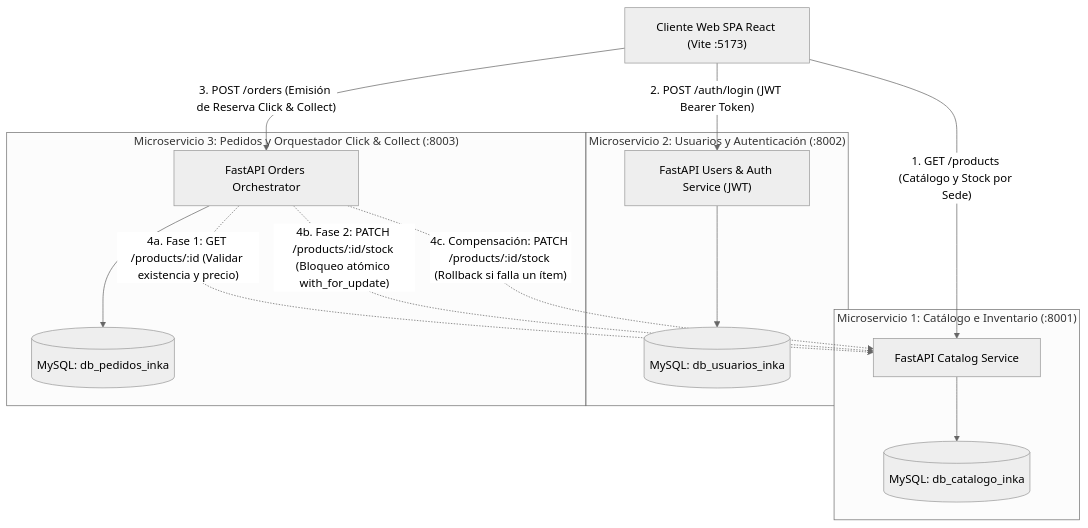
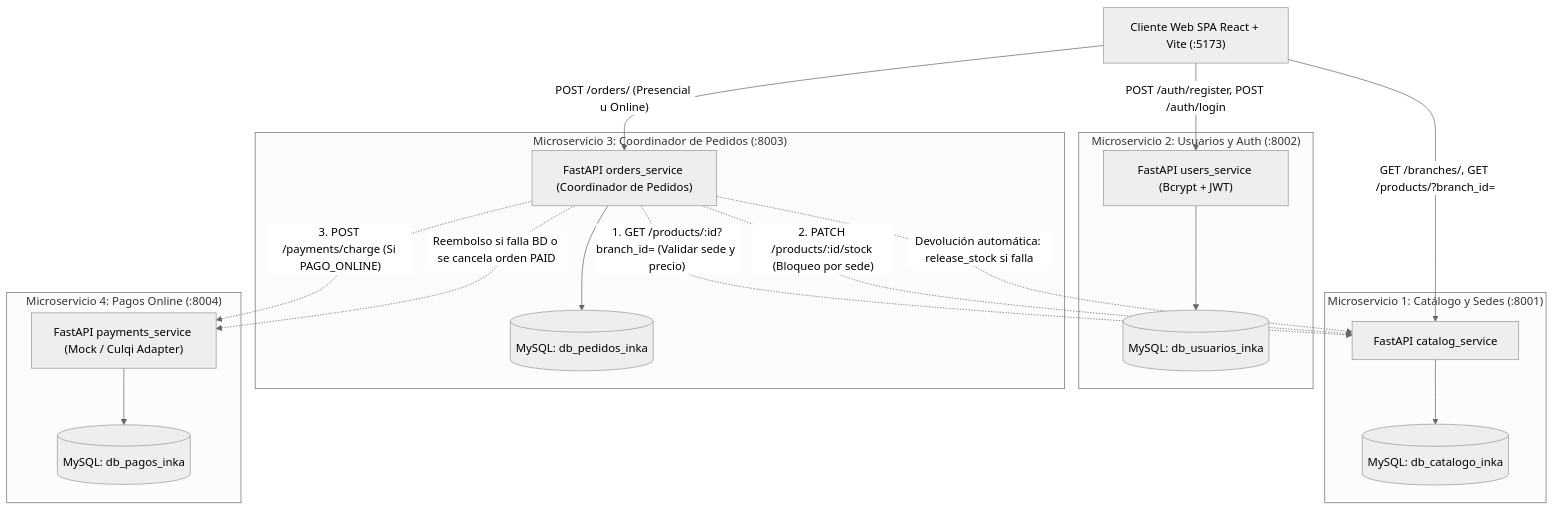
One commit to dannyolivera/app_microservicios changed the diagram in README.md. Above: the diagram before and after it, drawn with Mermaid (neutral theme). The commit also changed other lines of this file and 32 other files, not shown here.

Commit message:
feat: add microservices architecture with catalog, orders, payments, users, and frontend

````diff
--- a/README.md
+++ b/README.md
@@ -18,32 +19,38 @@
 ```mermaid
-graph TD
-    Client["Cliente Web SPA React (Vite :5173)"]
+flowchart TD
+    Client["Cliente Web SPA React + Vite (:5173)"]
 
-    subgraph Service1["Microservicio 1: Catálogo e Inventario (:8001)"]
-        CatApp["FastAPI Catalog Service"]
+    subgraph Service1["Microservicio 1: Catálogo y Sedes (:8001)"]
+        CatApp["FastAPI catalog_service"]
         DBCat[("MySQL: db_catalogo_inka")]
         CatApp --> DBCat
     end
 
-    subgraph Service2["Microservicio 2: Usuarios y Autenticación (:8002)"]
-        UserApp["FastAPI Users & Auth Service (JWT)"]
+    subgraph Service2["Microservicio 2: Usuarios y Auth (:8002)"]
+        UserApp["FastAPI users_service (Bcrypt + JWT)"]
         DBUser[("MySQL: db_usuarios_inka")]
         UserApp --> DBUser
     end
 
-    subgraph Service3["Microservicio 3: Pedidos y Orquestador Click & Collect (:8003)"]
-        OrderApp["FastAPI Orders Orchestrator"]
+    subgraph Service3["Microservicio 3: Coordinador de Pedidos (:8003)"]
+        OrderApp["FastAPI orders_service (Coordinador de Pedidos)"]
         DBOrder[("MySQL: db_pedidos_inka")]
         OrderApp --> DBOrder
     end
 
-    %% Flujos de interacción del cliente
-    Client -->|"1. GET /products (Catálogo y Stock por Sede)"| CatApp
-    Client -->|"2. POST /auth/login (JWT Bearer Token)"| UserApp
-    Client -->|"3. POST /orders (Emisión de Reserva Click & Collect)"| OrderApp
+    subgraph Service4["Microservicio 4: Pagos Online (:8004)"]
+        PayApp["FastAPI payments_service (Mock / Culqi Adapter)"]
+        DBPay[("MySQL: db_pagos_inka")]
+        PayApp --> DBPay
+    end
 
-    %% Comunicación inter-servicio síncrona
-    OrderApp -.->|"4a. Fase 1: GET /products/:id (Validar existencia y precio)"| CatApp
-    OrderApp -.->|"4b. Fase 2: PATCH /products/:id/stock (Bloqueo atómico with_for_update)"| CatApp
-    OrderApp -.->|"4c. Compensación: PATCH /products/:id/stock (Rollback si falla un ítem)"| CatApp
+    Client -->|"GET /branches/, GET /products/?branch_id="| CatApp
+    Client -->|"POST /auth/register, POST /auth/login"| UserApp
+    Client -->|"POST /orders/ (Presencial u Online)"| OrderApp
+
+    OrderApp -.->|"1. GET /products/:id?branch_id= (Validar sede y precio)"| CatApp
+    OrderApp -.->|"2. PATCH /products/:id/stock (Bloqueo por sede)"| CatApp
+    OrderApp -.->|"3. POST /payments/charge (Si PAGO_ONLINE)"| PayApp
+    OrderApp -.->|"Devolución automática: release_stock si falla"| CatApp
+    OrderApp -.->|"Reembolso si falla BD o se cancela orden PAID"| PayApp
 ```
````
